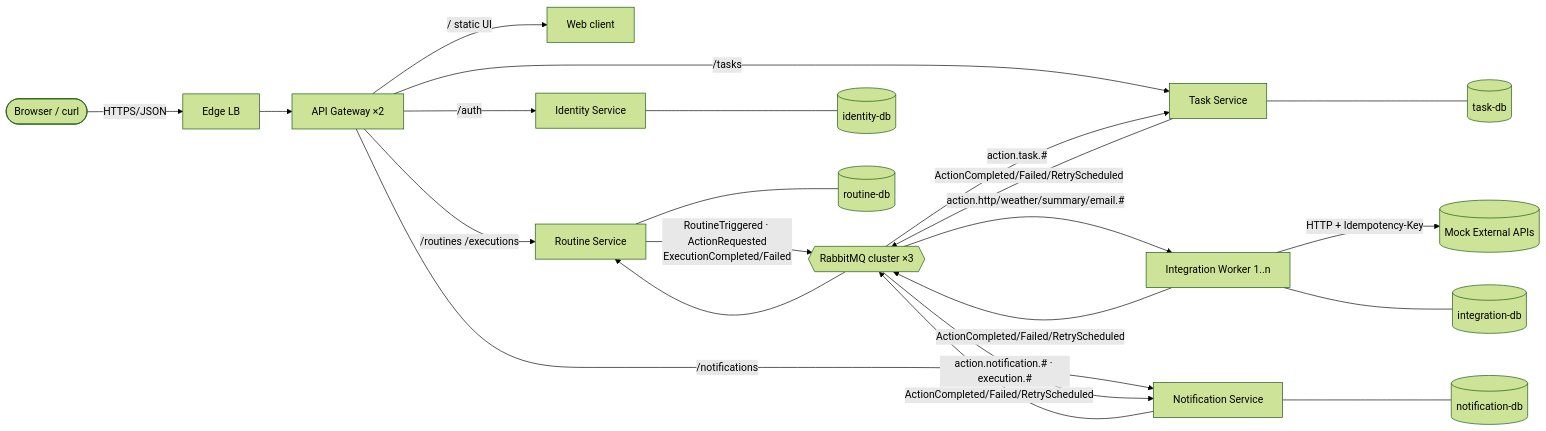
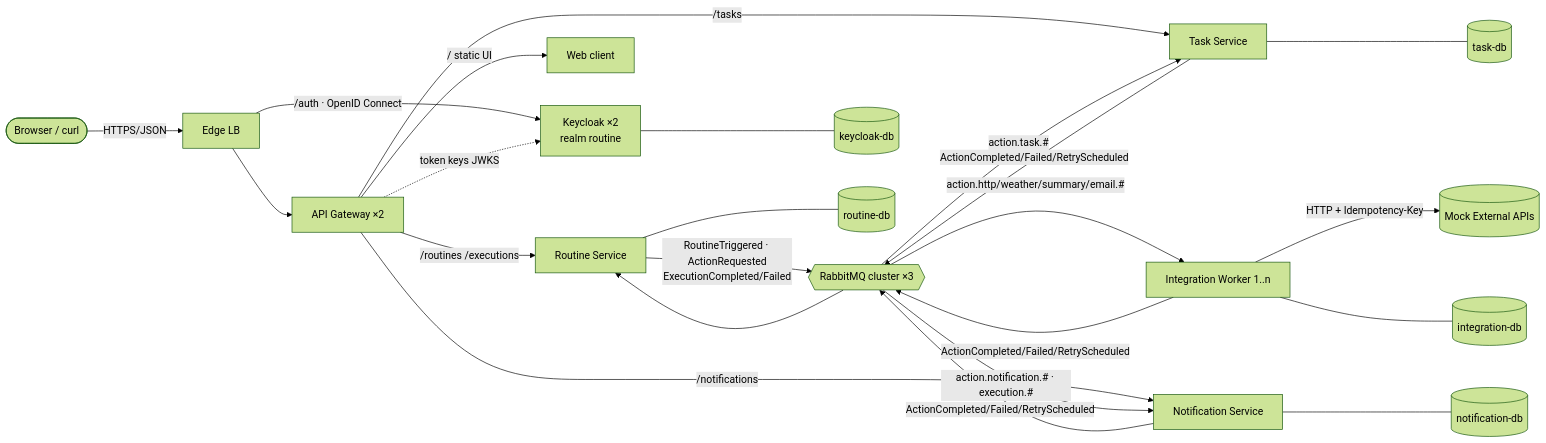
One commit to sxpersxnic/tbz-m321-routine changed the first of 3 diagrams in docs/architecture.md. Above: the diagram before and after it, drawn with Mermaid (forest theme). The commit also changed other lines of this file and 35 other files, not shown here.

First line of the commit message:
feat: Keycloak as identity provider, sign-in with OpenID Connect

````diff
--- a/docs/architecture.md
+++ b/docs/architecture.md
@@ -7,23 +7,24 @@
 ```mermaid
 flowchart LR
     Client([Browser / curl]) -->|HTTPS/JSON| EDGE[Edge LB] --> GW[API Gateway ×2]
+    EDGE -->|/auth · OpenID Connect| KC[Keycloak ×2<br/>realm routine]
     GW -->|/ static UI| WEB[Web client]
-    GW -->|/auth| ID[Identity Service]
+    GW -. token keys JWKS .-> KC
     GW -->|/routines /executions| RS[Routine Service]
     GW -->|/tasks| TS[Task Service]
     GW -->|/notifications| NS[Notification Service]
 
     RS -- "RoutineTriggered · ActionRequested\nExecutionCompleted/Failed" --> MB{{RabbitMQ cluster ×3}}
     MB -- "action.task.#" --> TS
     MB -- "action.http/weather/summary/email.#" --> IW1[Integration Worker 1..n]
     MB -- "action.notification.# · execution.#" --> NS
     TS & IW1 & NS -- "ActionCompleted/Failed/RetryScheduled" --> MB
     MB --> RS
     IW1 -->|HTTP + Idempotency-Key| EXT[(Mock External APIs)]
 
-    ID --- IDDB[(identity-db)]
+    KC --- KCDB[(keycloak-db)]
     RS --- RSDB[(routine-db)]
     TS --- TSDB[(task-db)]
     NS --- NSDB[(notification-db)]
     IW1 --- IWDB[(integration-db)]
 ```
````
